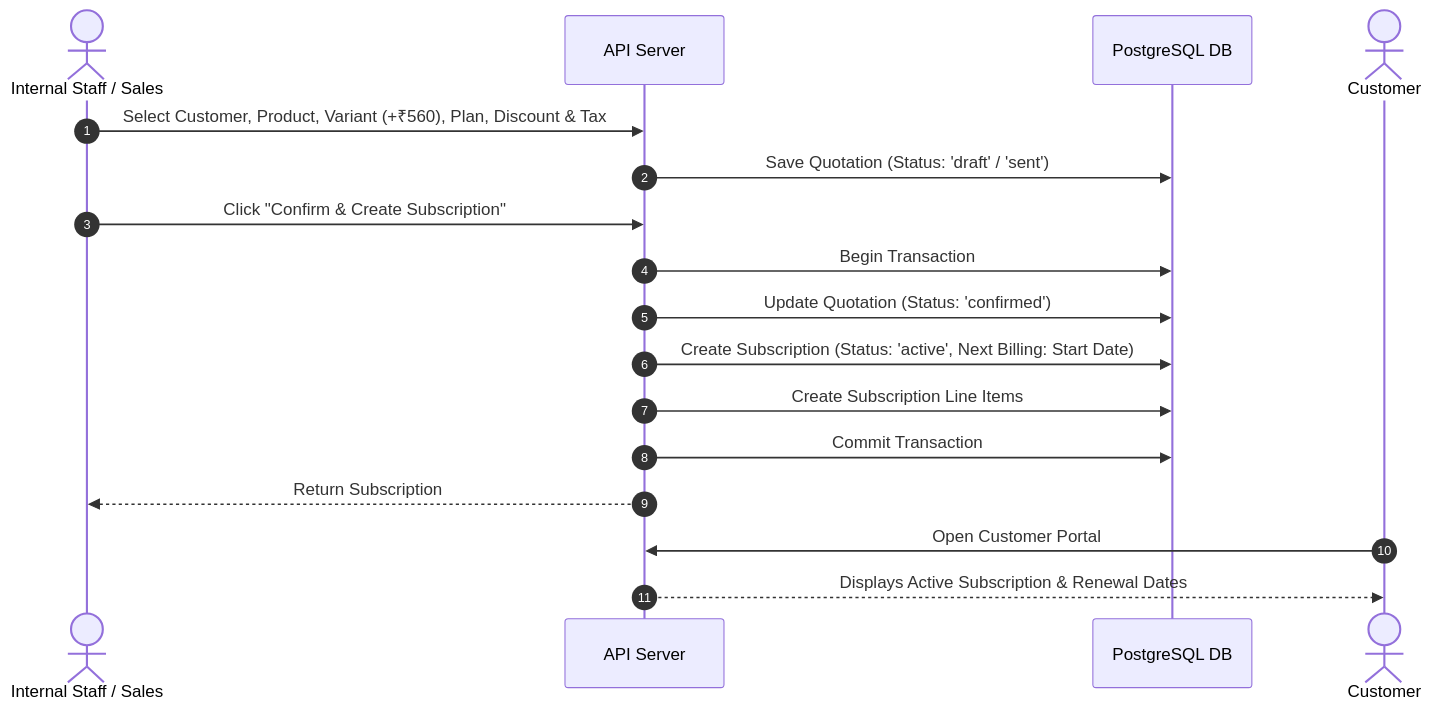
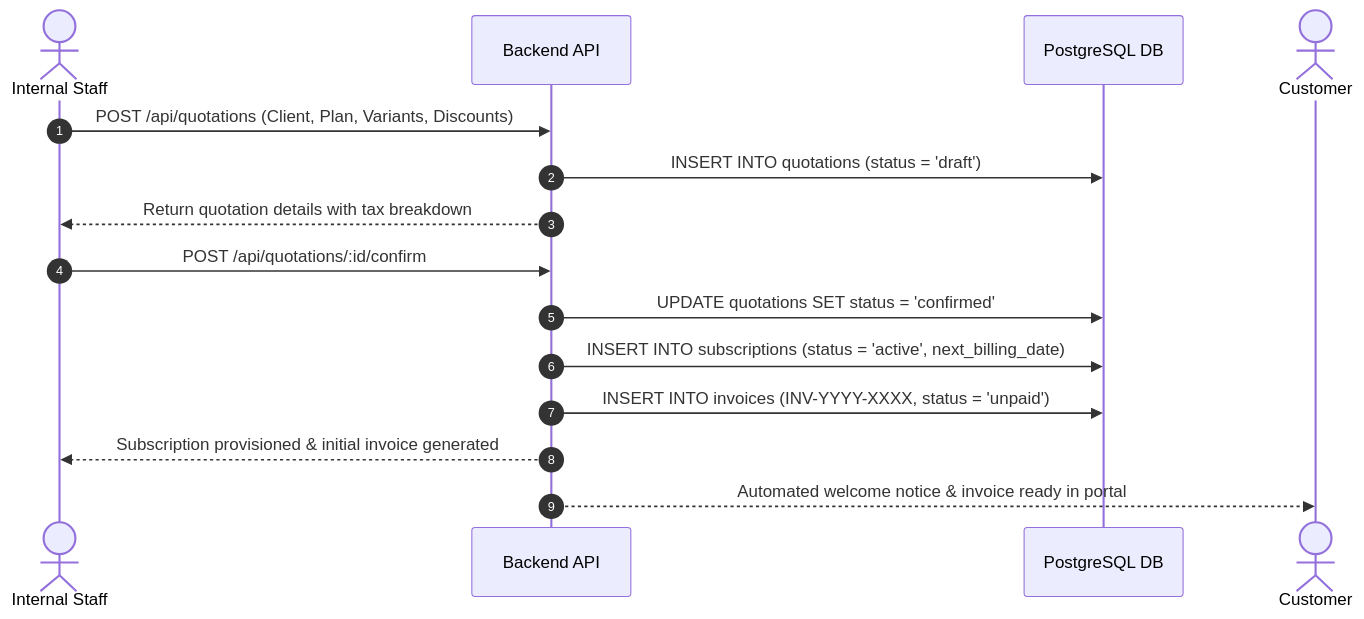
Before and after one commit to tc484472-byte/odoo: the second of 7 diagrams in README.md, drawn with Mermaid. The commit also changed other lines of this file and 17 other files, not shown here.

Commit message:
feat: customer self-service plans, razorpay integration, renewal notifications, updated readme

````diff
--- a/README.md
+++ b/README.md
@@ -199,20 +265,19 @@
 ```mermaid
 sequenceDiagram
     autonumber
-    actor Staff as Internal Staff / Sales
-    participant API as API Server
+    actor Staff as Internal Staff
+    participant API as Backend API
     participant DB as PostgreSQL DB
     actor Cust as Customer
 
-    Staff->>API: Select Customer, Product, Variant (+₹560), Plan, Discount & Tax
-    API->>DB: Save Quotation (Status: 'draft' / 'sent')
-    Staff->>API: Click "Confirm & Create Subscription"
-    API->>DB: Begin Transaction
-    API->>DB: Update Quotation (Status: 'confirmed')
-    API->>DB: Create Subscription (Status: 'active', Next Billing: Start Date)
-    API->>DB: Create Subscription Line Items
-    API->>DB: Commit Transaction
-    API-->>Staff: Return Subscription #SUB-2026-000X
-    Cust->>API: Open Customer Portal
-    API-->>Cust: Displays Active Subscription & Renewal Dates
+    Staff->>API: POST /api/quotations (Client, Plan, Variants, Discounts)
+    API->>DB: INSERT INTO quotations (status = 'draft')
+    API-->>Staff: Return quotation details with tax breakdown
+
+    Staff->>API: POST /api/quotations/:id/confirm
+    API->>DB: UPDATE quotations SET status = 'confirmed'
+    API->>DB: INSERT INTO subscriptions (status = 'active', next_billing_date)
+    API->>DB: INSERT INTO invoices (INV-YYYY-XXXX, status = 'unpaid')
+    API-->>Staff: Subscription provisioned & initial invoice generated
+    API-->>Cust: Automated welcome notice & invoice ready in portal
 ```
````
